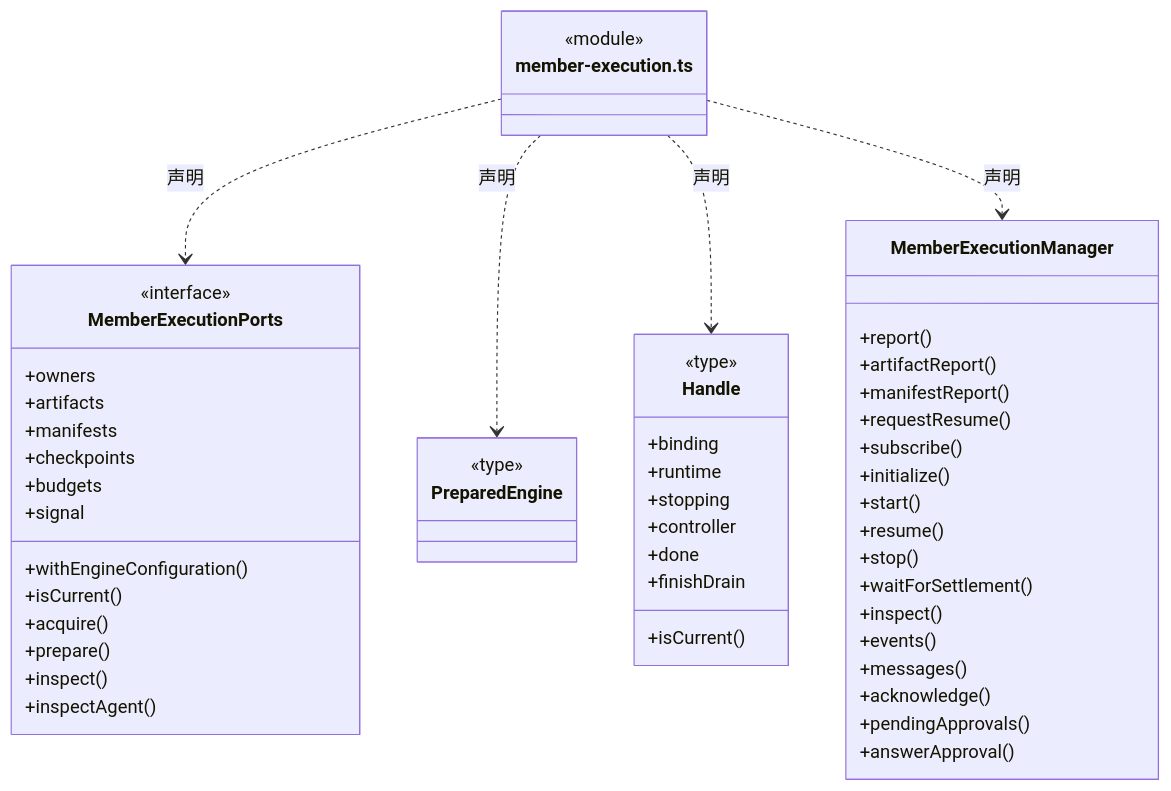
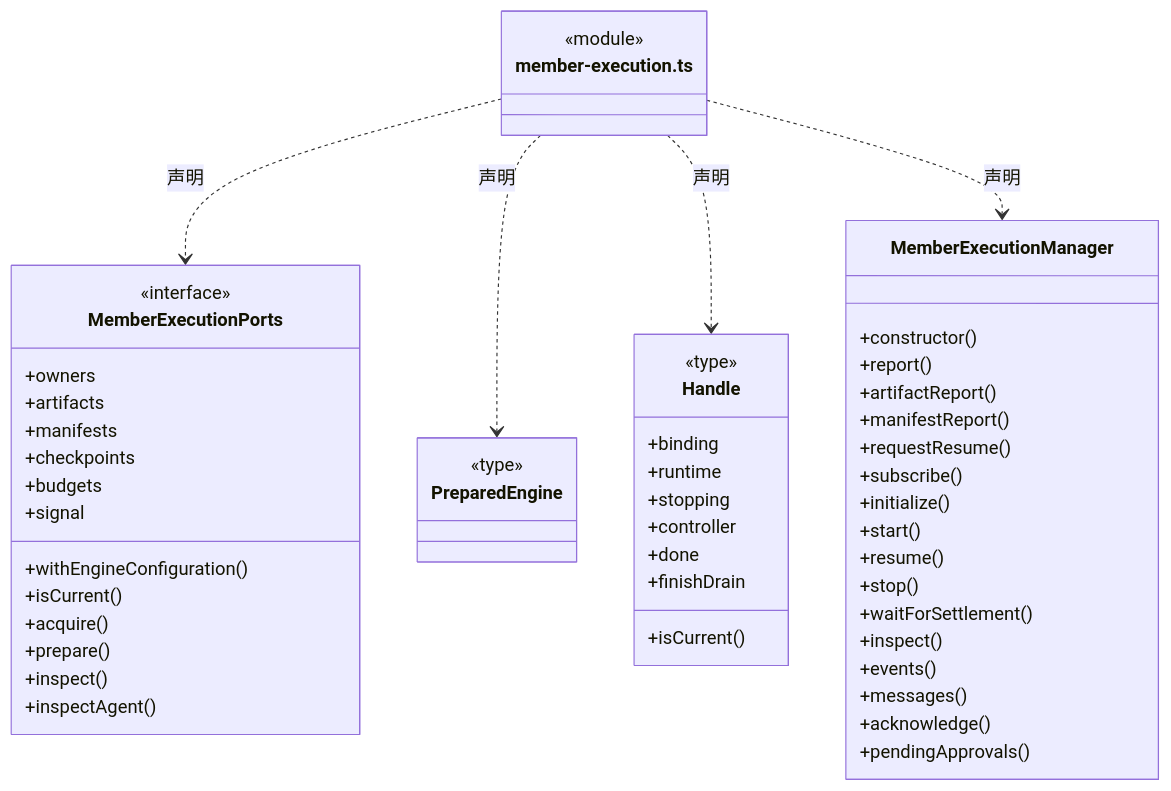
One commit to nan023062/cbim changed the fifth of 16 diagrams in src/logic/team/runtime/ARCHITECTURE.md. Above: the diagram before and after it, drawn with Mermaid. The commit also changed other lines of this file and 139 other files, not shown here.

Commit message:
docs(architecture): add source reading paths and complete file inventories

````diff
--- a/src/logic/team/runtime/ARCHITECTURE.md
+++ b/src/logic/team/runtime/ARCHITECTURE.md
@@ -96,57 +101,57 @@
 ```mermaid
 classDiagram
 class N_src_logic_team_runtime_member_execution_ts["member-execution.ts"] {
   <<module>>
 }
 class N_src_logic_team_runtime_member_execution_ts_MemberExecutionPorts["MemberExecutionPorts"] {
   <<interface>>
   +owners
   +withEngineConfiguration()
   +artifacts
   +manifests
   +checkpoints
   +budgets
   +isCurrent()
   +signal
   +acquire()
   +prepare()
   +inspect()
   +inspectAgent()
 }
 N_src_logic_team_runtime_member_execution_ts ..> N_src_logic_team_runtime_member_execution_ts_MemberExecutionPorts : 声明
 class N_src_logic_team_runtime_member_execution_ts_PreparedEngine["PreparedEngine"] {
   <<type>>
 
 }
 N_src_logic_team_runtime_member_execution_ts ..> N_src_logic_team_runtime_member_execution_ts_PreparedEngine : 声明
 class N_src_logic_team_runtime_member_execution_ts_Handle["Handle"] {
   <<type>>
   +binding
   +runtime
   +stopping
   +isCurrent()
   +controller
   +done
   +finishDrain
 }
 N_src_logic_team_runtime_member_execution_ts ..> N_src_logic_team_runtime_member_execution_ts_Handle : 声明
 class N_src_logic_team_runtime_member_execution_ts_MemberExecutionManager["MemberExecutionManager"] {
+  +constructor()
   +report()
   +artifactReport()
   +manifestReport()
   +requestResume()
   +subscribe()
   +initialize()
   +start()
   +resume()
   +stop()
   +waitForSettlement()
   +inspect()
   +events()
   +messages()
   +acknowledge()
   +pendingApprovals()
-  +answerApproval()
 }
 N_src_logic_team_runtime_member_execution_ts ..> N_src_logic_team_runtime_member_execution_ts_MemberExecutionManager : 声明
 ```
````
